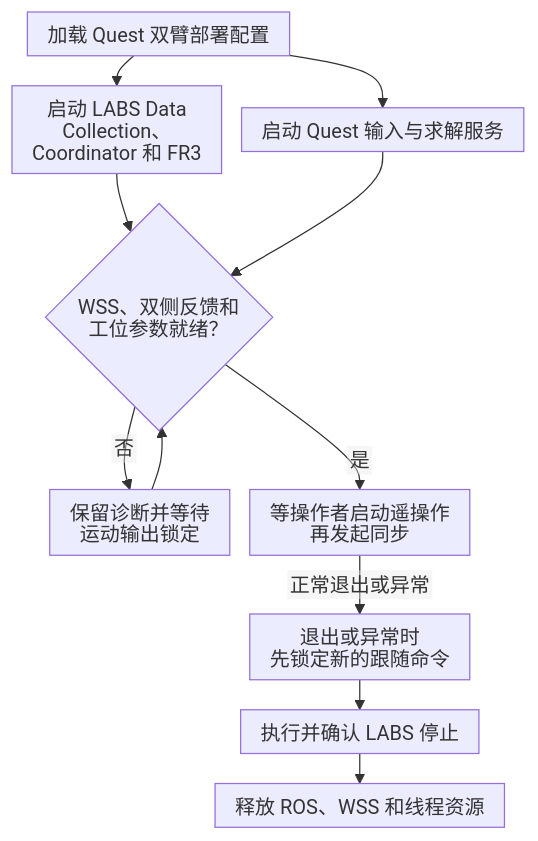
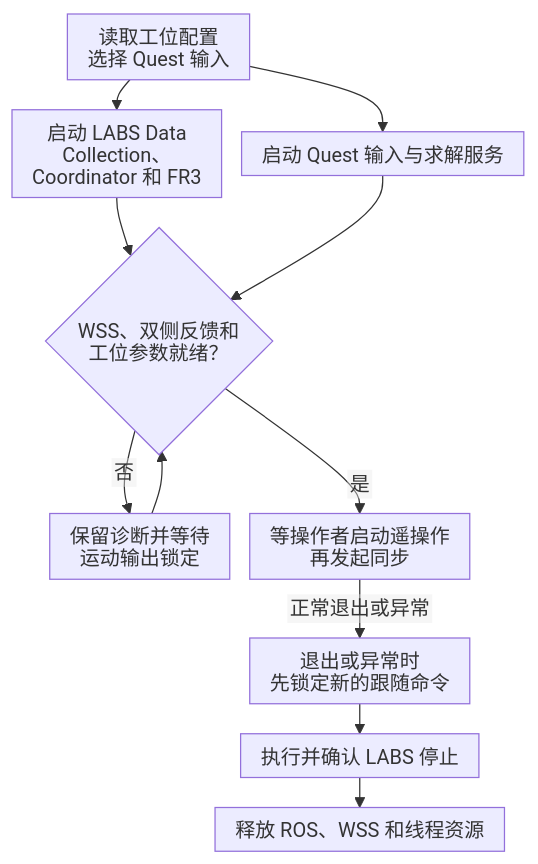
Before and after one commit to YYxzz8866/Quest-Proposal: the diagram in 8、LABS接入.md, drawn with Mermaid. The commit also changed other lines of this file and 5 other files, not shown here.

````diff
--- a/8、LABS接入.md
+++ b/8、LABS接入.md
@@ -42,21 +60,21 @@
 ```mermaid
 %%{init: {"htmlLabels": false, "flowchart": {"htmlLabels": false, "useMaxWidth": true, "nodeSpacing": 16, "rankSpacing": 24, "padding": 8}}}%%
 flowchart TD
-    Deploy["加载 Quest 双臂部署配置"]
+    Deploy["读取工位配置<br/>选择 Quest 输入"]
     Labs["启动 LABS Data Collection、<br/>Coordinator 和 FR3"]
     Quest["启动 Quest 输入与求解服务"]
     Inputs{"WSS、双侧反馈和<br/>工位参数就绪？"}
     Wait["保留诊断并等待<br/>运动输出锁定"]
     Ready["等操作者启动遥操作<br/>再发起同步"]
     Fault["退出或异常时<br/>先锁定新的跟随命令"]
     Stop["执行并确认 LABS 停止"]
     Cleanup["释放 ROS、WSS 和线程资源"]
 
     Deploy --> Labs
     Deploy --> Quest
     Labs --> Inputs
     Quest --> Inputs
     Inputs -->|否| Wait --> Inputs
     Inputs -->|是| Ready
     Ready -->|正常退出或异常| Fault --> Stop --> Cleanup
 ```
````
